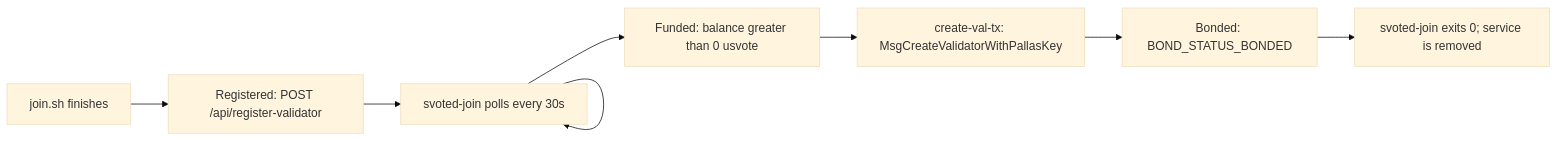
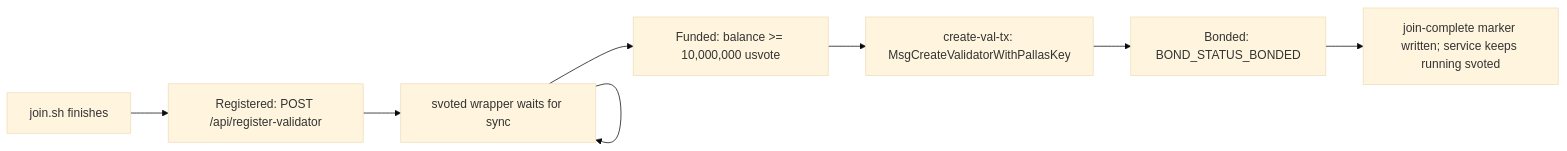
The diagram in docs/runbooks/join-chain.md (valargroup/vote-sdk), drawn with Mermaid (base theme) before and after one commit. The commit also changed other lines of this file and 22 other files, not shown here.

First line of the commit message:
Simplify validator join service (#198)

````diff
--- a/docs/runbooks/join-chain.md
+++ b/docs/runbooks/join-chain.md
@@ -116,10 +114,10 @@
 ```mermaid
 flowchart LR
   installed["join.sh finishes"] --> registered["Registered: POST /api/register-validator"]
-  registered --> poll["svoted-join polls every 30s"]
-  poll --> funded["Funded: balance greater than 0 usvote"]
+  registered --> service["svoted wrapper waits for sync"]
+  service --> funded["Funded: balance >= 10,000,000 usvote"]
   funded --> createValTx["create-val-tx: MsgCreateValidatorWithPallasKey"]
   createValTx --> bonded["Bonded: BOND_STATUS_BONDED"]
-  bonded --> done["svoted-join exits 0; service is removed"]
-  poll --> poll
+  bonded --> done["join-complete marker written; service keeps running svoted"]
+  service --> service
 ```
````
